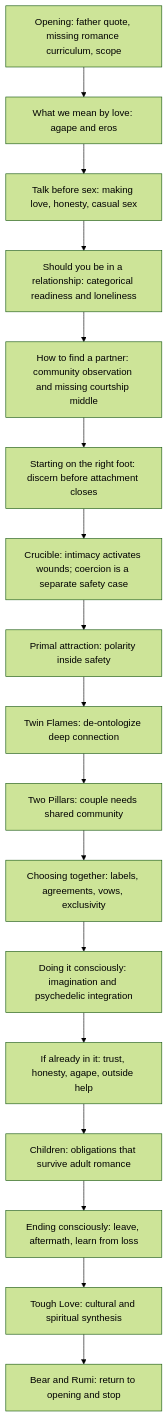
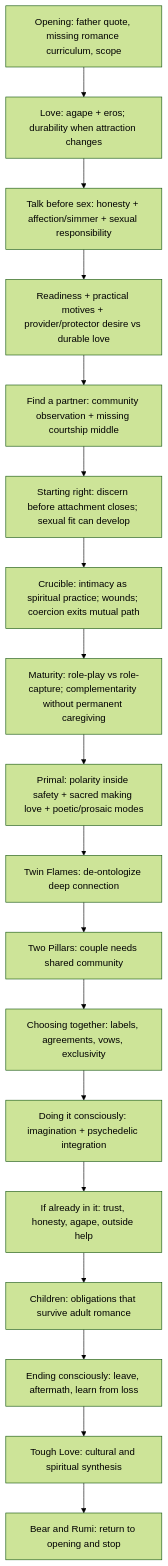
Before and after one commit to u-dont-existDOTcom/pangram-humanization-lab: the first of 14 diagrams in work/romance-current-assembly/ARCHITECTURE.md, drawn with Mermaid (forest theme). The commit also changed other lines of this file, not shown here.

Commit message:
state: sync Romance architecture to Toft Anami pass

````diff
--- a/work/romance-current-assembly/ARCHITECTURE.md
+++ b/work/romance-current-assembly/ARCHITECTURE.md
@@ -17,22 +17,23 @@
 ```mermaid
 flowchart TD
     opening["Opening: father quote, missing romance curriculum, scope"]
-    love["What we mean by love: agape and eros"]
-    talk["Talk before sex: making love, honesty, casual sex"]
-    should["Should you be in a relationship: categorical readiness and loneliness"]
-    find["How to find a partner: community observation and missing courtship middle"]
-    starting["Starting on the right foot: discern before attachment closes"]
-    crucible["Crucible: intimacy activates wounds; coercion is a separate safety case"]
-    primal["Primal attraction: polarity inside safety"]
+    love["Love: agape + eros; durability when attraction changes"]
+    talk["Talk before sex: honesty + affection/simmer + sexual responsibility"]
+    should["Readiness + practical motives + provider/protector desire vs durable love"]
+    find["Find a partner: community observation + missing courtship middle"]
+    starting["Starting right: discern before attachment closes; sexual fit can develop"]
+    crucible["Crucible: intimacy as spiritual practice; wounds; coercion exits mutual path"]
+    maturity["Maturity: role-play vs role-capture; complementarity without permanent caregiving"]
+    primal["Primal: polarity inside safety + sacred making love + poetic/prosaic modes"]
     twin["Twin Flames: de-ontologize deep connection"]
     pillars["Two Pillars: couple needs shared community"]
     choosing["Choosing together: labels, agreements, vows, exclusivity"]
-    conscious["Doing it consciously: imagination and psychedelic integration"]
+    conscious["Doing it consciously: imagination + psychedelic integration"]
     already["If already in it: trust, honesty, agape, outside help"]
     children["Children: obligations that survive adult romance"]
     ending["Ending consciously: leave, aftermath, learn from loss"]
     tough["Tough Love: cultural and spiritual synthesis"]
     bear["Bear and Rumi: return to opening and stop"]
 
-    opening --> love --> talk --> should --> find --> starting --> crucible --> primal --> twin --> pillars --> choosing --> conscious --> already --> children --> ending --> tough --> bear
+    opening --> love --> talk --> should --> find --> starting --> crucible --> maturity --> primal --> twin --> pillars --> choosing --> conscious --> already --> children --> ending --> tough --> bear
 ```
````
